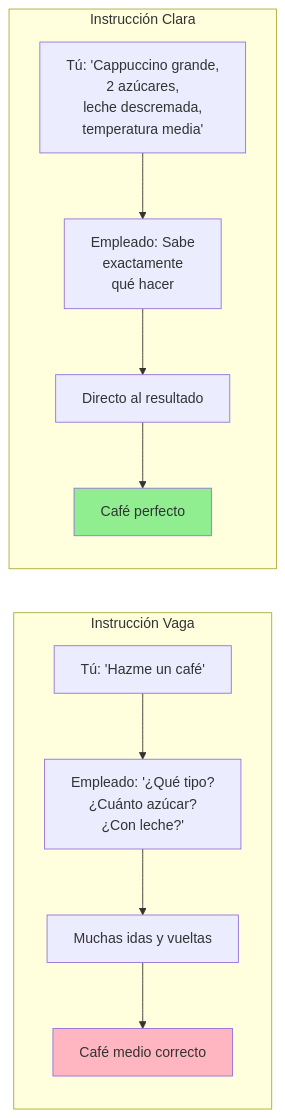
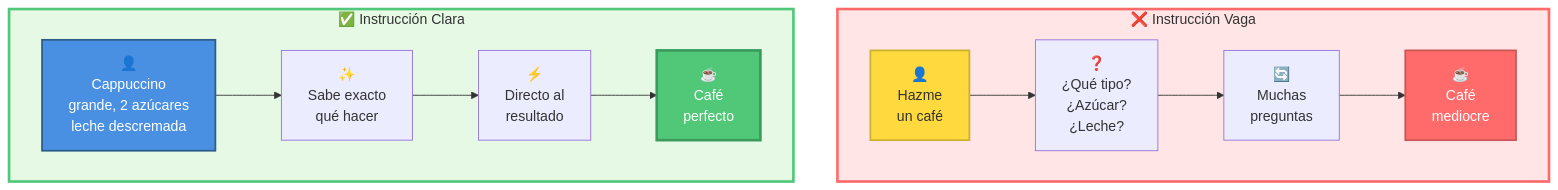
One commit to Ai-Whisperers/Courses-Content changed the first of 18 diagrams in courses/🟡-development/FPUNA-2026/00-FUNDAMENTOS-PRINCIPALES/03-ingenieria-prompts.md. Above: the diagram before and after it, drawn with Mermaid. The commit also changed other lines of this file, not shown here.

First line of the commit message:
Improve first 5 Mermaid diagrams in 03-ingenieria-prompts.md (5/18)

````diff
--- a/courses/🟡-development/FPUNA-2026/00-FUNDAMENTOS-PRINCIPALES/03-ingenieria-prompts.md
+++ b/courses/🟡-development/FPUNA-2026/00-FUNDAMENTOS-PRINCIPALES/03-ingenieria-prompts.md
@@ -60,17 +60,23 @@
 ```mermaid
-graph LR
-    subgraph "Instrucción Vaga"
-        A1[Tú: 'Hazme un café'] --> B1[Empleado: '¿Qué tipo?<br/>¿Cuánto azúcar?<br/>¿Con leche?']
-        B1 --> C1[Muchas idas y vueltas]
-        C1 --> D1[Café medio correcto]
+graph TB
+    subgraph Vague["❌ Instrucción Vaga"]
+        direction LR
+        A1["👤<br/>Hazme<br/>un café"] --> B1["❓<br/>¿Qué tipo?<br/>¿Azúcar?<br/>¿Leche?"]
+        B1 --> C1["🔄<br/>Muchas<br/>preguntas"]
+        C1 --> D1["☕<br/>Café<br/>mediocre"]
     end
     
-    subgraph "Instrucción Clara"
-        A2[Tú: 'Cappuccino grande,<br/>2 azúcares,<br/>leche descremada,<br/>temperatura media'] --> B2[Empleado: Sabe<br/>exactamente<br/>qué hacer]
-        B2 --> C2[Directo al resultado]
-        C2 --> D2[Café perfecto]
+    subgraph Clear["✅ Instrucción Clara"]
+        direction LR
+        A2["👤<br/>Cappuccino<br/>grande, 2 azúcares<br/>leche descremada"] --> B2["✨<br/>Sabe exacto<br/>qué hacer"]
+        B2 --> C2["⚡<br/>Directo al<br/>resultado"]
+        C2 --> D2["☕<br/>Café<br/>perfecto"]
     end
     
-    style D1 fill:#FFB6C1
-    style D2 fill:#90EE90
+    style Vague fill:#FFE5E5,stroke:#FF6B6B,stroke-width:3px
+    style Clear fill:#E5F9E5,stroke:#50C878,stroke-width:3px
+    style D1 fill:#FF6B6B,stroke:#CC5555,stroke-width:2px,color:#fff
+    style D2 fill:#50C878,stroke:#3A9B5C,stroke-width:3px,color:#fff
+    style A1 fill:#FFD93D,stroke:#CCB031,stroke-width:2px,color:#333
+    style A2 fill:#4A90E2,stroke:#2E5C8A,stroke-width:2px,color:#fff
 ```
````
